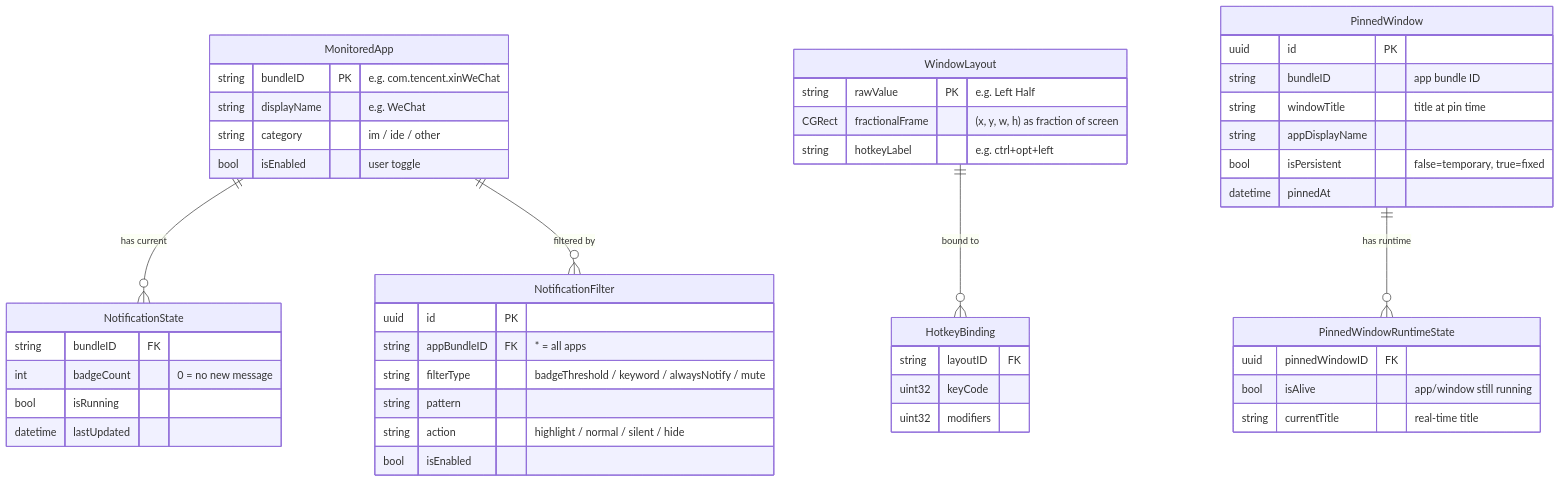
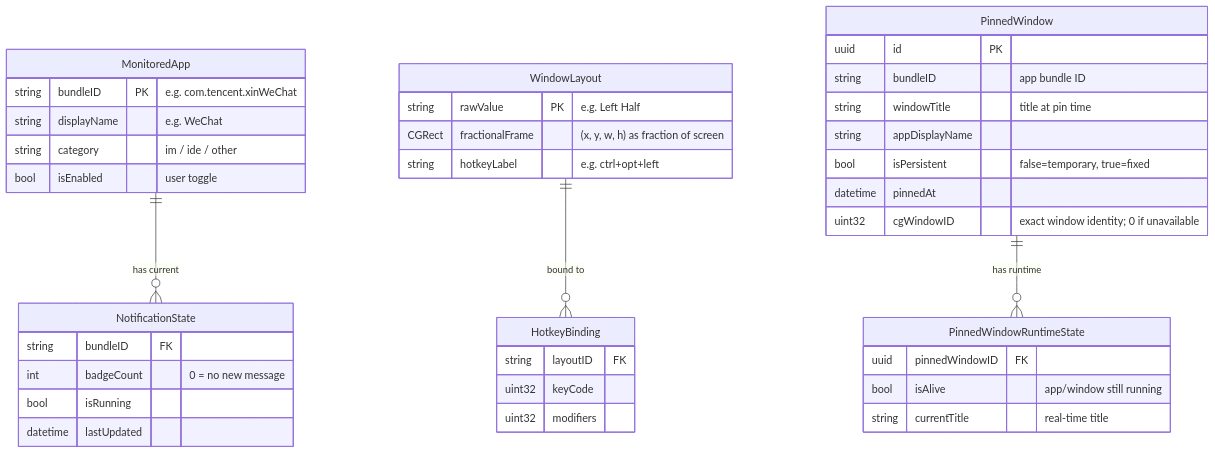
The first of 4 diagrams in docs/architecture.md (MickMi/narc_for_mac), drawn with Mermaid before and after one commit. The commit also changed other lines of this file and 78 other files, not shown here.

````diff
--- a/docs/architecture.md
+++ b/docs/architecture.md
@@ -26,51 +30,43 @@
 ```mermaid
 erDiagram
     MonitoredApp ||--o{ NotificationState : "has current"
-    MonitoredApp ||--o{ NotificationFilter : "filtered by"
     WindowLayout ||--o{ HotkeyBinding : "bound to"
     PinnedWindow ||--o{ PinnedWindowRuntimeState : "has runtime"
 
     MonitoredApp {
         string bundleID PK "e.g. com.tencent.xinWeChat"
         string displayName "e.g. WeChat"
         string category "im / ide / other"
         bool isEnabled "user toggle"
     }
     NotificationState {
         string bundleID FK
         int badgeCount "0 = no new message"
         bool isRunning
         datetime lastUpdated
-    }
-    NotificationFilter {
-        uuid id PK
-        string appBundleID FK "* = all apps"
-        string filterType "badgeThreshold / keyword / alwaysNotify / mute"
-        string pattern
-        string action "highlight / normal / silent / hide"
-        bool isEnabled
     }
     WindowLayout {
         string rawValue PK "e.g. Left Half"
         CGRect fractionalFrame "(x, y, w, h) as fraction of screen"
         string hotkeyLabel "e.g. ctrl+opt+left"
     }
     HotkeyBinding {
         string layoutID FK
         uint32 keyCode
         uint32 modifiers
     }
     PinnedWindow {
         uuid id PK
         string bundleID "app bundle ID"
         string windowTitle "title at pin time"
         string appDisplayName
         bool isPersistent "false=temporary, true=fixed"
         datetime pinnedAt
+        uint32 cgWindowID "exact window identity; 0 if unavailable"
     }
     PinnedWindowRuntimeState {
         uuid pinnedWindowID FK
         bool isAlive "app/window still running"
         string currentTitle "real-time title"
     }
 ```
````
